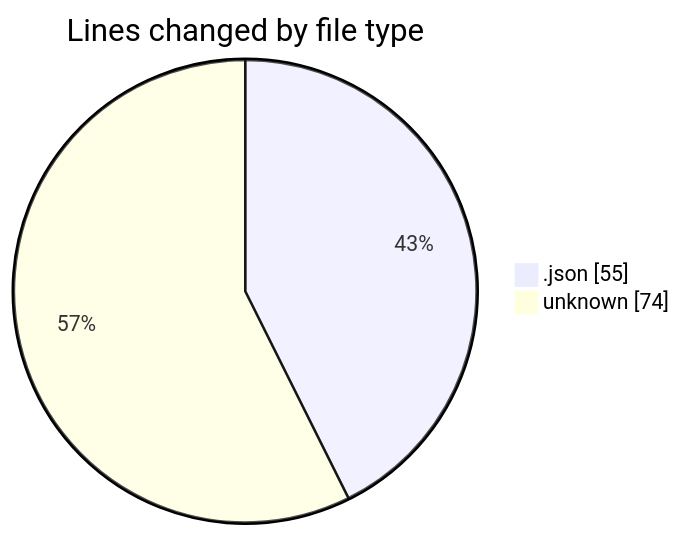
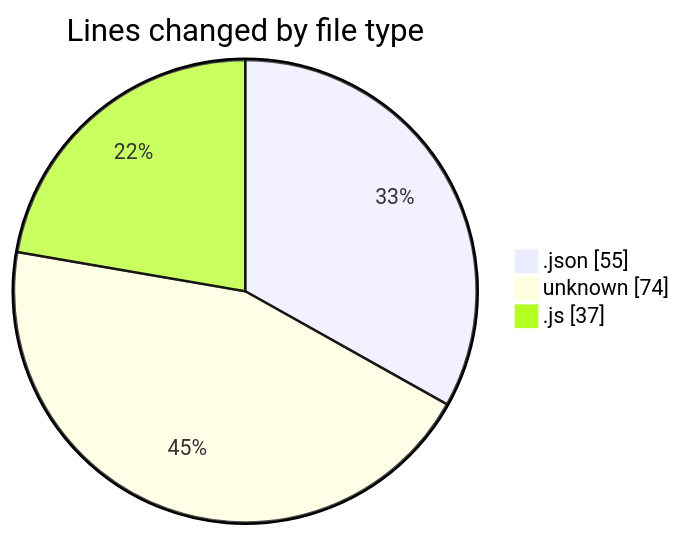
Before and after one commit to momahboobian/code-tracking: the first of 2 diagrams in 2025-01-30/good-pr/README.md, drawn with Mermaid. The commit also changed other lines of this file and 1 other file, not shown here.

````diff
--- a/2025-01-30/good-pr/README.md
+++ b/2025-01-30/good-pr/README.md
@@ -22,6 +23,7 @@
 ```mermaid
 pie showData
 title Lines changed by file type
 ".json" : 55
 "unknown" : 74
+".js" : 37
 ```
````
